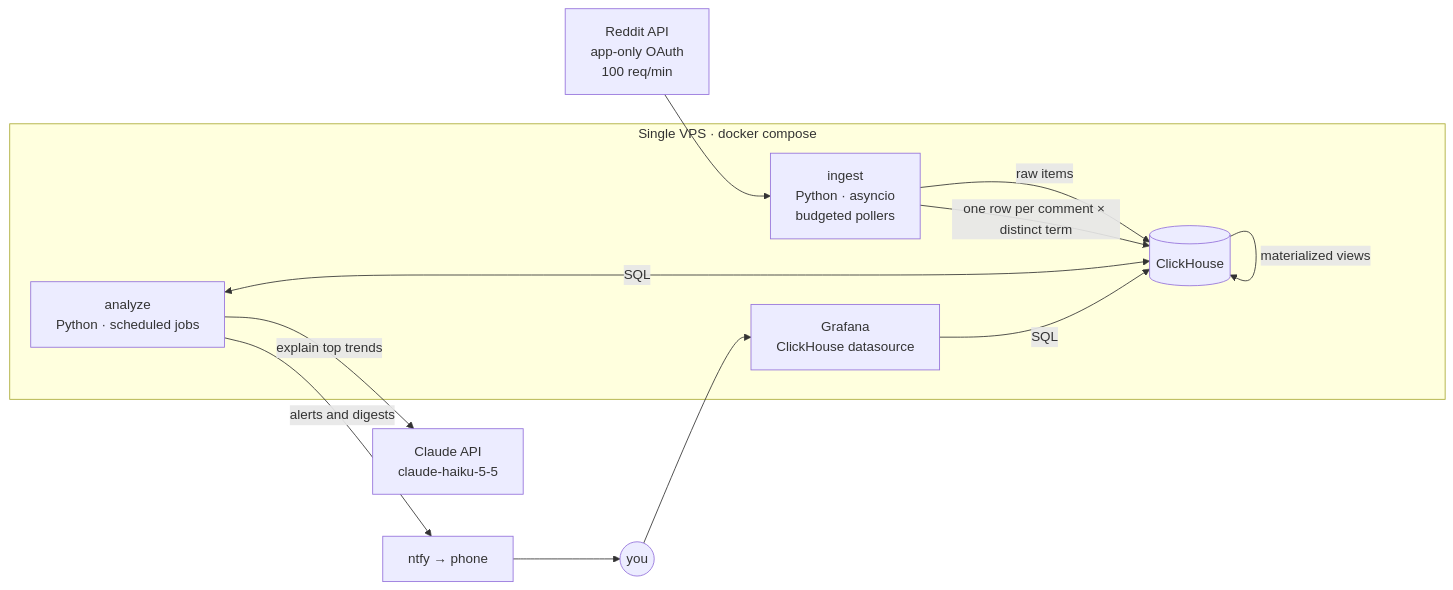
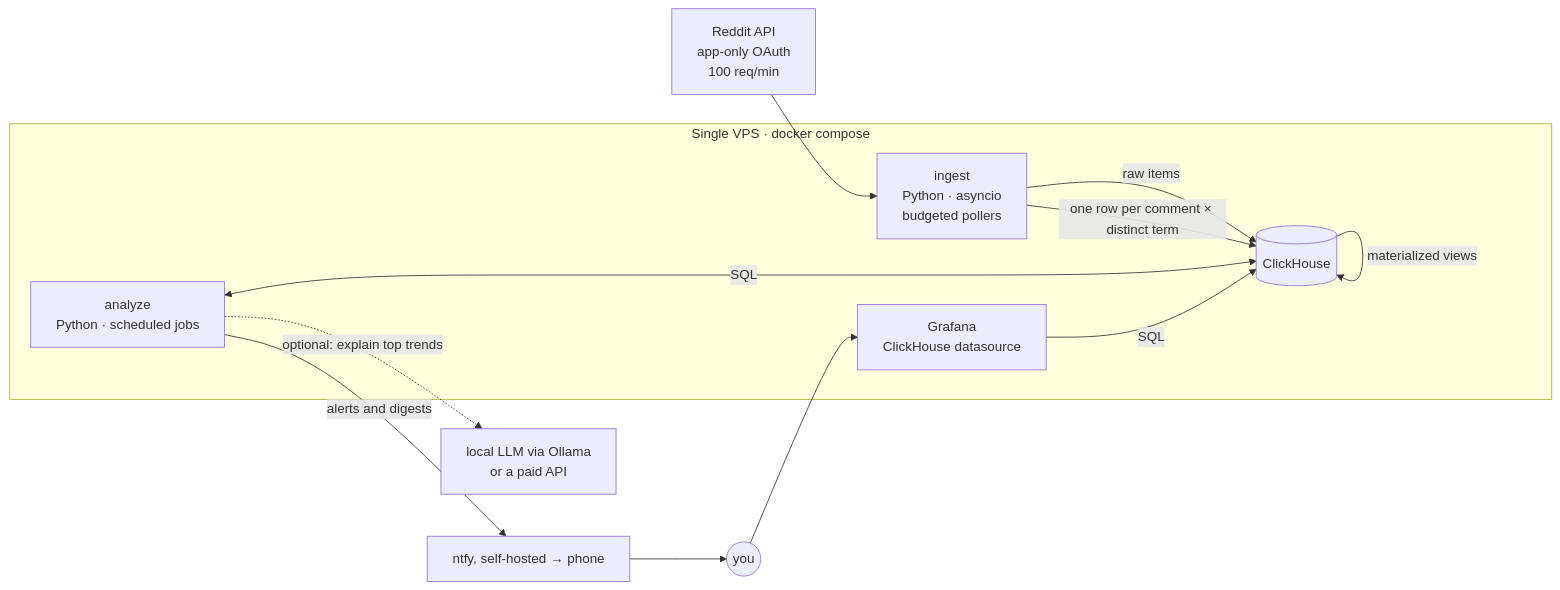
One commit to Keimeno/word-growth-rate-analyzer changed the diagram in docs/ARCHITECTURE-V2.md. Above: the diagram before and after it, drawn with Mermaid. The commit also changed other lines of this file and 46 other files, not shown here.

````diff
--- a/docs/ARCHITECTURE-V2.md
+++ b/docs/ARCHITECTURE-V2.md
@@ -49,17 +49,17 @@
 ```mermaid
 flowchart LR
   R[Reddit API<br/>app-only OAuth<br/>100 req/min] --> I
 
   subgraph VPS [Single VPS · docker compose]
     I[ingest<br/>Python · asyncio<br/>budgeted pollers] -->|raw items| C[(ClickHouse)]
     I -->|one row per comment × distinct term| C
     C -->|materialized views| C
     A[analyze<br/>Python · scheduled jobs] <-->|SQL| C
     G[Grafana<br/>ClickHouse datasource] -->|SQL| C
   end
 
-  A -->|alerts and digests| N[ntfy → phone]
-  A -->|explain top trends| L[Claude API<br/>claude-haiku-5-5]
+  A -->|alerts and digests| N[ntfy, self-hosted → phone]
+  A -.->|optional: explain top trends| L[local LLM via Ollama<br/>or a paid API]
   U((you)) --> G
   N --> U
 ```
````
